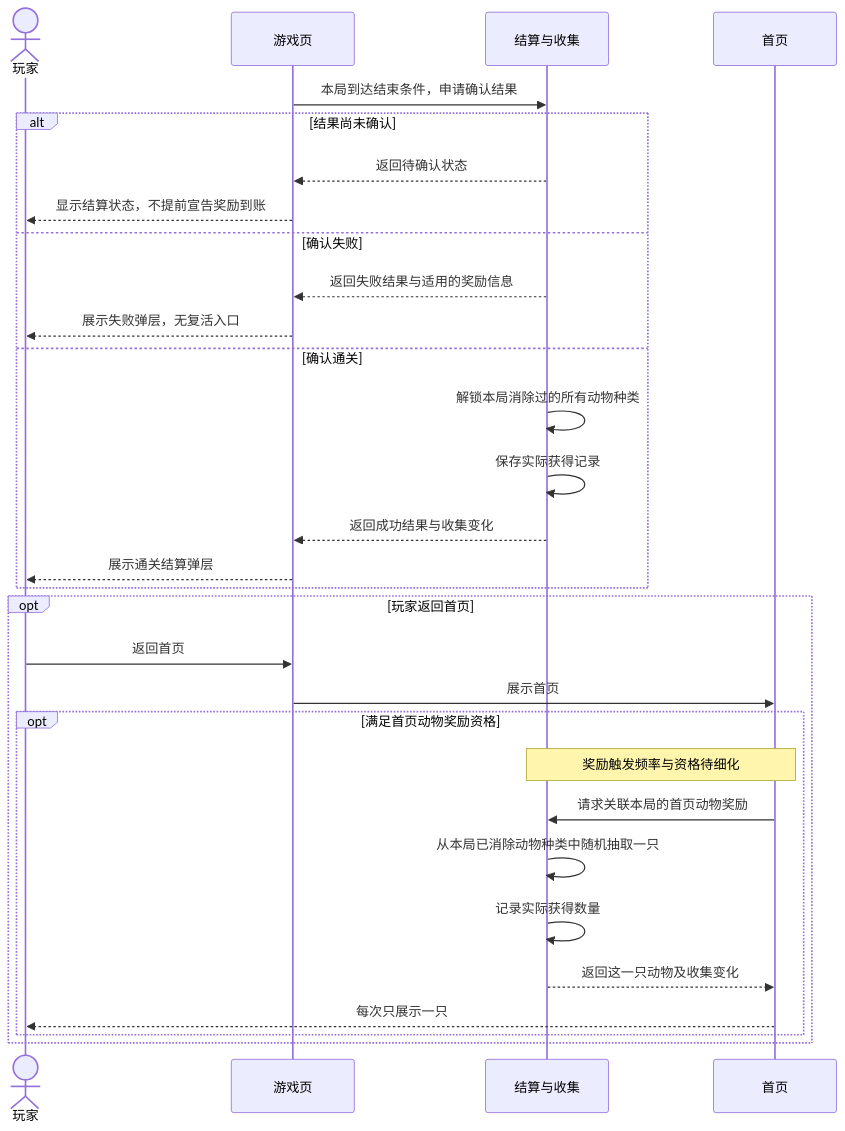
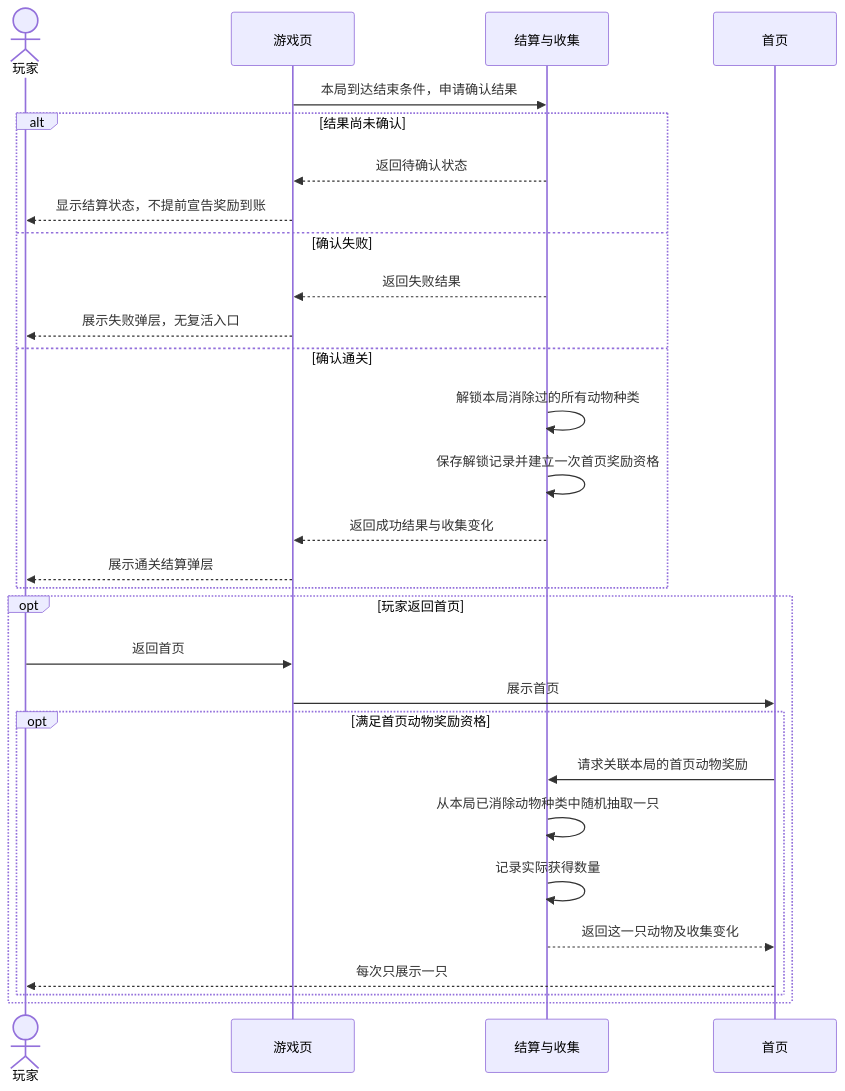
One commit to thundax-lyp/pretzel changed the fifth of 5 diagrams in docs/10-requirements/GAME-REQUIREMENTS.md. Above: the diagram before and after it, drawn with Mermaid. The commit also changed other lines of this file and 1 other file, not shown here.

````diff
--- a/docs/10-requirements/GAME-REQUIREMENTS.md
+++ b/docs/10-requirements/GAME-REQUIREMENTS.md
@@ -198,32 +227,31 @@
 ```mermaid
 sequenceDiagram
     actor P as 玩家
     participant G as 游戏页
     participant R as 结算与收集
     participant H as 首页
     G->>R: 本局到达结束条件，申请确认结果
     alt 结果尚未确认
         R-->>G: 返回待确认状态
         G-->>P: 显示结算状态，不提前宣告奖励到账
     else 确认失败
-        R-->>G: 返回失败结果与适用的奖励信息
+        R-->>G: 返回失败结果
         G-->>P: 展示失败弹层，无复活入口
     else 确认通关
         R->>R: 解锁本局消除过的所有动物种类
-        R->>R: 保存实际获得记录
+        R->>R: 保存解锁记录并建立一次首页奖励资格
         R-->>G: 返回成功结果与收集变化
         G-->>P: 展示通关结算弹层
     end
     opt 玩家返回首页
         P->>G: 返回首页
         G->>H: 展示首页
         opt 满足首页动物奖励资格
-            Note over H,R: 奖励触发频率与资格待细化
             H->>R: 请求关联本局的首页动物奖励
             R->>R: 从本局已消除动物种类中随机抽取一只
             R->>R: 记录实际获得数量
             R-->>H: 返回这一只动物及收集变化
             H-->>P: 每次只展示一只
         end
     end
 ```
````
